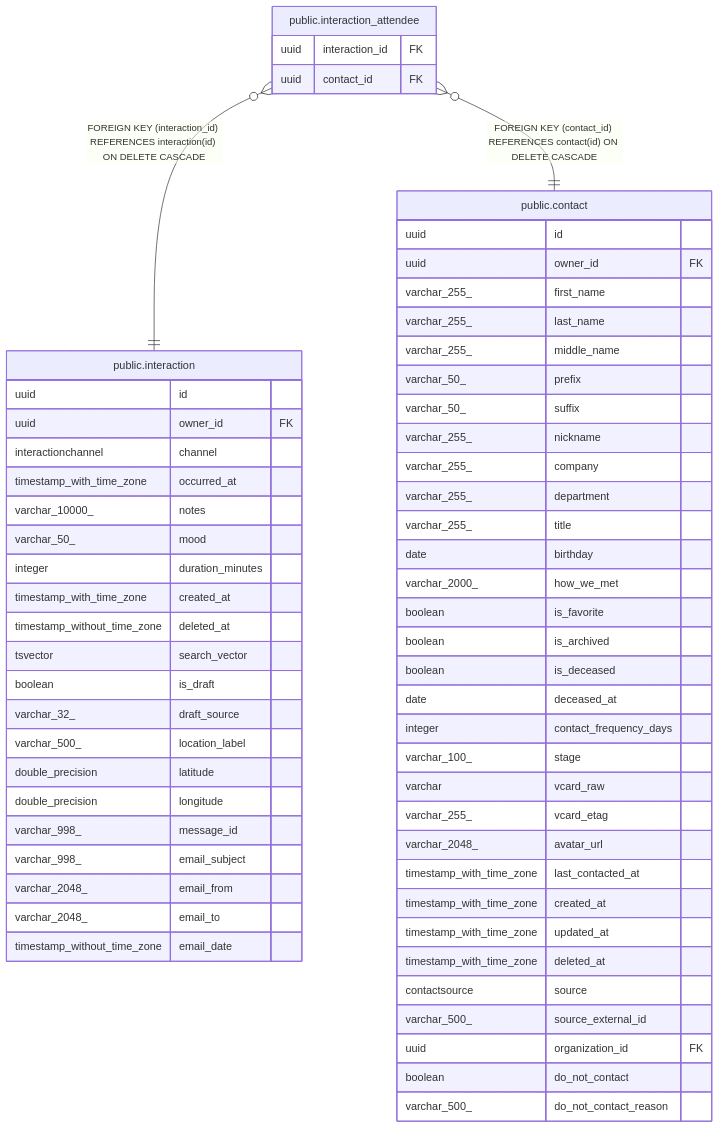
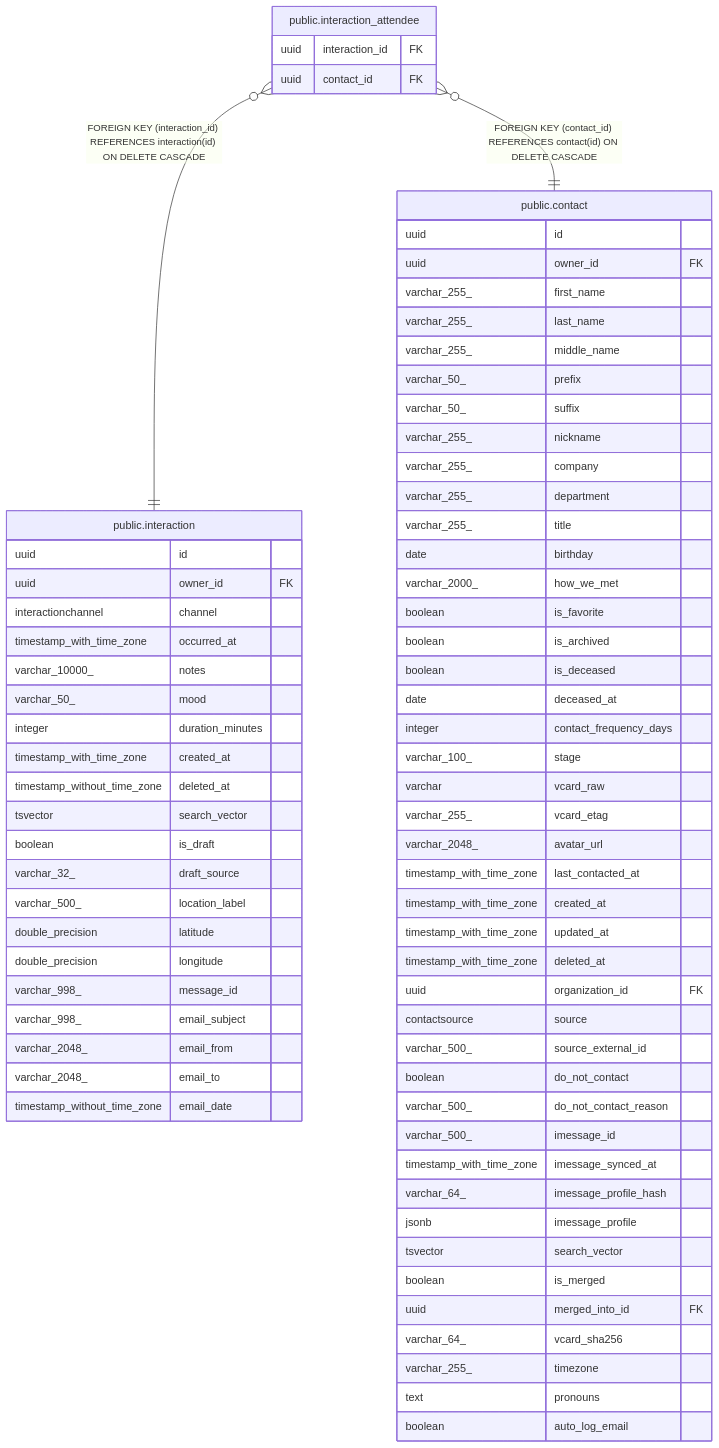
Before and after one commit to pike00/Kindred: the diagram in docs/db/public.interaction_attendee.md, drawn with Mermaid. The commit also changed 23 other files, not shown here.

Commit message:
docs: regenerate db schema docs for merge-train features

````diff
--- a/docs/db/public.interaction_attendee.md
+++ b/docs/db/public.interaction_attendee.md
@@ -33,66 +33,77 @@
 ```mermaid
 erDiagram
 
 "public.interaction_attendee" }o--|| "public.interaction" : "FOREIGN KEY (interaction_id) REFERENCES interaction(id) ON DELETE CASCADE"
 "public.interaction_attendee" }o--|| "public.contact" : "FOREIGN KEY (contact_id) REFERENCES contact(id) ON DELETE CASCADE"
 
 "public.interaction_attendee" {
   uuid interaction_id FK
   uuid contact_id FK
 }
 "public.interaction" {
   uuid id
   uuid owner_id FK
   interactionchannel channel
   timestamp_with_time_zone occurred_at
   varchar_10000_ notes
   varchar_50_ mood
   integer duration_minutes
   timestamp_with_time_zone created_at
   timestamp_without_time_zone deleted_at
   tsvector search_vector
   boolean is_draft
   varchar_32_ draft_source
   varchar_500_ location_label
   double_precision latitude
   double_precision longitude
   varchar_998_ message_id
   varchar_998_ email_subject
   varchar_2048_ email_from
   varchar_2048_ email_to
   timestamp_without_time_zone email_date
 }
 "public.contact" {
   uuid id
   uuid owner_id FK
   varchar_255_ first_name
   varchar_255_ last_name
   varchar_255_ middle_name
   varchar_50_ prefix
   varchar_50_ suffix
   varchar_255_ nickname
   varchar_255_ company
   varchar_255_ department
   varchar_255_ title
   date birthday
   varchar_2000_ how_we_met
   boolean is_favorite
   boolean is_archived
   boolean is_deceased
   date deceased_at
   integer contact_frequency_days
   varchar_100_ stage
   varchar vcard_raw
   varchar_255_ vcard_etag
   varchar_2048_ avatar_url
   timestamp_with_time_zone last_contacted_at
   timestamp_with_time_zone created_at
   timestamp_with_time_zone updated_at
   timestamp_with_time_zone deleted_at
+  uuid organization_id FK
   contactsource source
   varchar_500_ source_external_id
-  uuid organization_id FK
   boolean do_not_contact
   varchar_500_ do_not_contact_reason
+  varchar_500_ imessage_id
+  timestamp_with_time_zone imessage_synced_at
+  varchar_64_ imessage_profile_hash
+  jsonb imessage_profile
+  tsvector search_vector
+  boolean is_merged
+  uuid merged_into_id FK
+  varchar_64_ vcard_sha256
+  varchar_255_ timezone
+  text pronouns
+  boolean auto_log_email
 }
 ```
````
